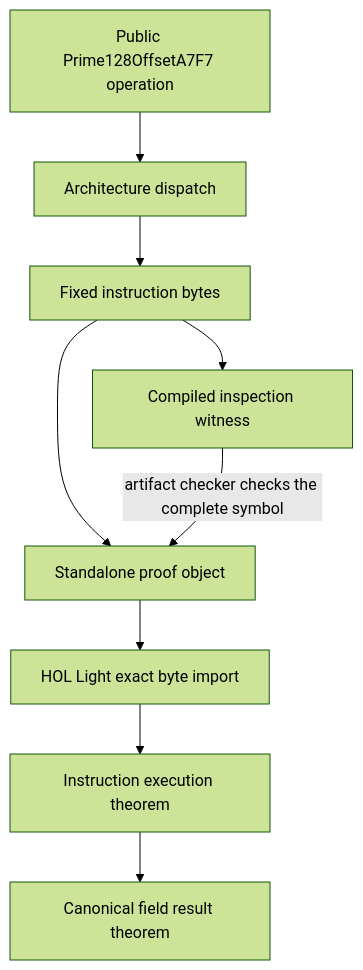
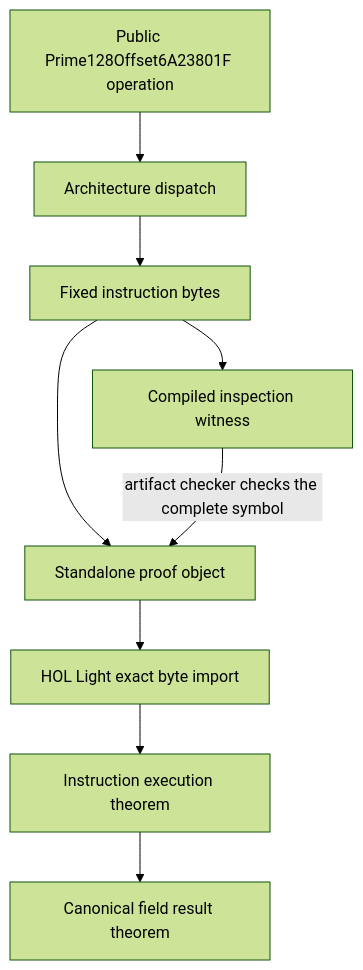
Before and after one commit to a16z/jolt: the diagram in book/src/how/formal-verification/field-kernels.md, drawn with Mermaid (forest theme). The commit also changed other lines of this file and 96 other files, not shown here.

First line of the commit message:
feat(algebra)!: make Prime128Offset6A23801F the production field (#2403)

````diff
--- a/book/src/how/formal-verification/field-kernels.md
+++ b/book/src/how/formal-verification/field-kernels.md
@@ -44,20 +43,20 @@
 ```mermaid
 flowchart TD
-    Public[Public Prime128OffsetA7F7 operation]
+    Public[Public Prime128Offset6A23801F operation]
     Dispatch[Architecture dispatch]
     Body[Fixed instruction bytes]
     Witness[Compiled inspection witness]
     Object[Standalone proof object]
     Import[HOL Light exact byte import]
     Execute[Instruction execution theorem]
     Result[Canonical field result theorem]
 
     Public --> Dispatch
     Dispatch --> Body
     Body --> Witness
     Body --> Object
     Witness -->|artifact checker checks the complete symbol| Object
     Object --> Import
     Import --> Execute
     Execute --> Result
 ```
````
